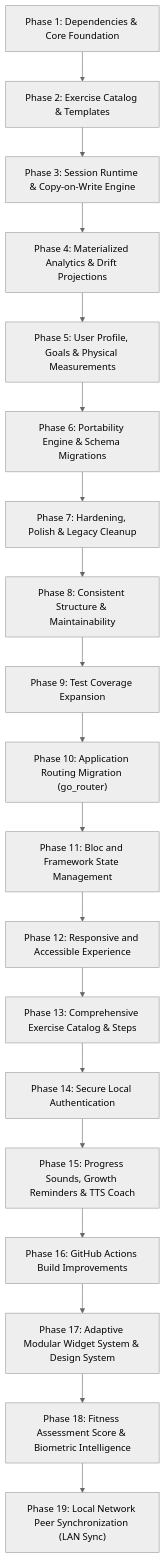
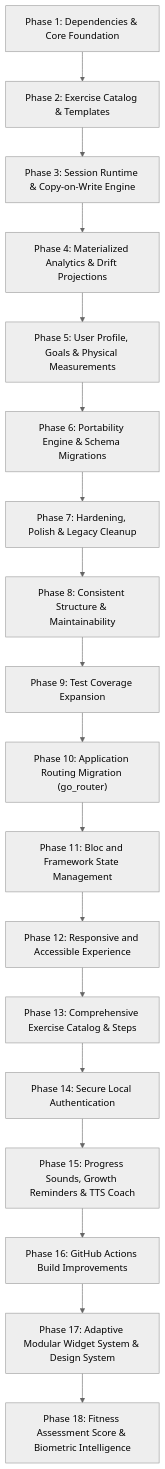
The first of 2 diagrams in docs/implementation-plan.md (0Vipin0/growth_gauge), drawn with Mermaid (neutral theme) before and after one commit. The commit also changed other lines of this file and 23 other files, not shown here.

````diff
--- a/docs/implementation-plan.md
+++ b/docs/implementation-plan.md
@@ -75,21 +75,20 @@
 ```mermaid
 flowchart TD
     P1["Phase 1: Dependencies & Core Foundation"] --> P2["Phase 2: Exercise Catalog & Templates"]
     P2 --> P3["Phase 3: Session Runtime & Copy-on-Write Engine"]
     P3 --> P4["Phase 4: Materialized Analytics & Drift Projections"]
     P4 --> P5["Phase 5: User Profile, Goals & Physical Measurements"]
     P5 --> P6["Phase 6: Portability Engine & Schema Migrations"]
     P6 --> P7["Phase 7: Hardening, Polish & Legacy Cleanup"]
     P7 --> P8["Phase 8: Consistent Structure & Maintainability"]
     P8 --> P9["Phase 9: Test Coverage Expansion"]
     P9 --> P10["Phase 10: Application Routing Migration (go_router)"]
     P10 --> P11["Phase 11: Bloc and Framework State Management"]
     P11 --> P12["Phase 12: Responsive and Accessible Experience"]
     P12 --> P13["Phase 13: Comprehensive Exercise Catalog & Steps"]
     P13 --> P14["Phase 14: Secure Local Authentication"]
     P14 --> P15["Phase 15: Progress Sounds, Growth Reminders & TTS Coach"]
     P15 --> P16["Phase 16: GitHub Actions Build Improvements"]
     P16 --> P17["Phase 17: Adaptive Modular Widget System & Design System"]
     P17 --> P18["Phase 18: Fitness Assessment Score & Biometric Intelligence"]
-    P18 --> P19["Phase 19: Local Network Peer Synchronization (LAN Sync)"]
 ```
````
